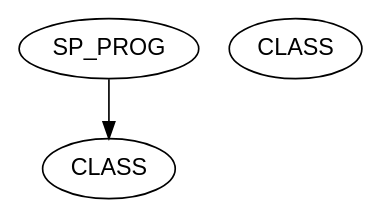
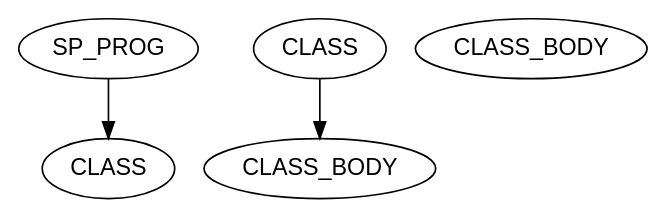
The diagram in ast/parse_tree.dot (jeipab/X-presso), drawn with Graphviz before and after one commit. The commit also changed 5 other files, not shown here.

```diff
--- a/ast/parse_tree.dot
+++ b/ast/parse_tree.dot
@@ -1,7 +1,10 @@
 digraph ParseTree {
     node [shape=ellipse, fontname="Arial"];
     node_0 [label="SP_PROG"];
     node_1 [label="CLASS"];
     node_0 -> node_1;
     node_2 [label="CLASS"];
+    node_3 [label="CLASS_BODY"];
+    node_2 -> node_3;
+    node_4 [label="CLASS_BODY"];
 }
```
